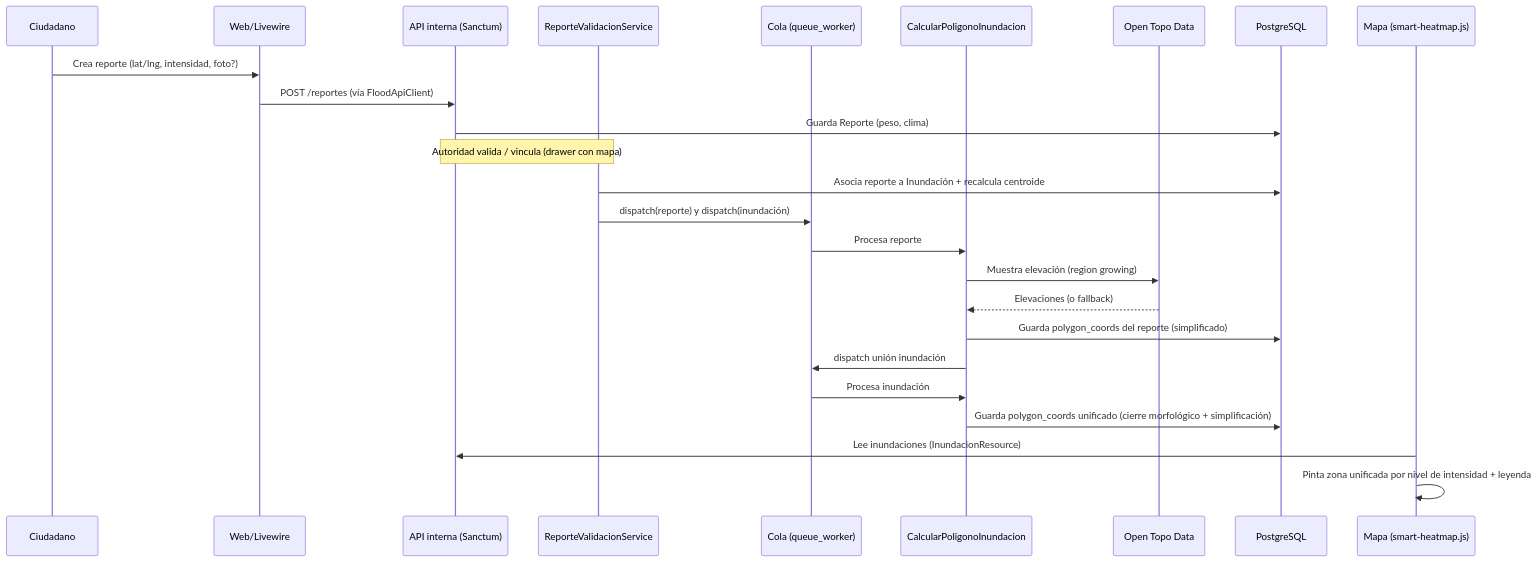
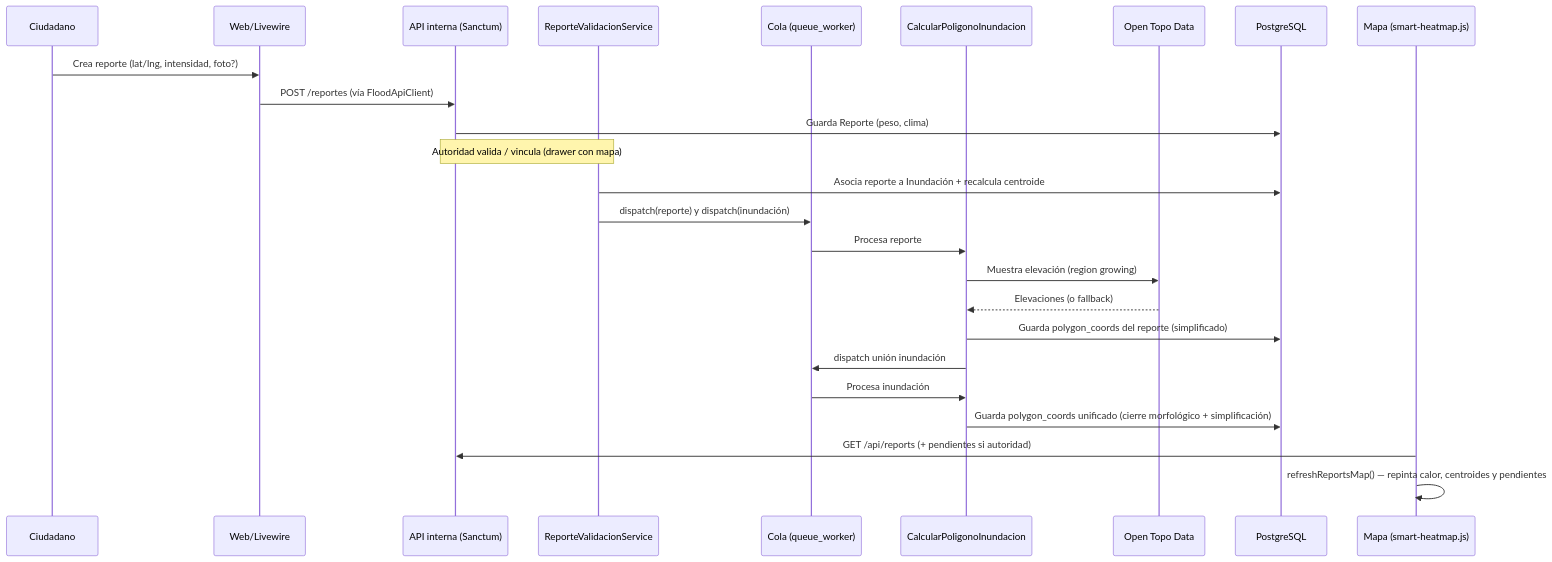
The second of 2 diagrams in cosa web/chirper/SCD.md (elingeyesdev/equipo04), drawn with Mermaid before and after one commit. The commit also changed other lines of this file and 6 other files, not shown here.

````diff
--- a/cosa web/chirper/SCD.md
+++ b/cosa web/chirper/SCD.md
@@ -296,28 +325,28 @@
 ```mermaid
 sequenceDiagram
     participant C as Ciudadano
     participant W as Web/Livewire
     participant API as API interna (Sanctum)
     participant V as ReporteValidacionService
     participant Q as Cola (queue_worker)
     participant J as CalcularPoligonoInundacion
     participant E as Open Topo Data
     participant DB as PostgreSQL
     participant M as Mapa (smart-heatmap.js)
 
     C->>W: Crea reporte (lat/lng, intensidad, foto?)
     W->>API: POST /reportes (vía FloodApiClient)
     API->>DB: Guarda Reporte (peso, clima)
     Note over API,V: Autoridad valida / vincula (drawer con mapa)
     V->>DB: Asocia reporte a Inundación + recalcula centroide
     V->>Q: dispatch(reporte) y dispatch(inundación)
     Q->>J: Procesa reporte
     J->>E: Muestra elevación (region growing)
     E-->>J: Elevaciones (o fallback)
     J->>DB: Guarda polygon_coords del reporte (simplificado)
     J->>Q: dispatch unión inundación
     Q->>J: Procesa inundación
     J->>DB: Guarda polygon_coords unificado (cierre morfológico + simplificación)
-    M->>API: Lee inundaciones (InundacionResource)
-    M->>M: Pinta zona unificada por nivel de intensidad + leyenda
+    M->>API: GET /api/reports (+ pendientes si autoridad)
+    M->>M: refreshReportsMap() — repinta calor, centroides y pendientes
 ```
````
